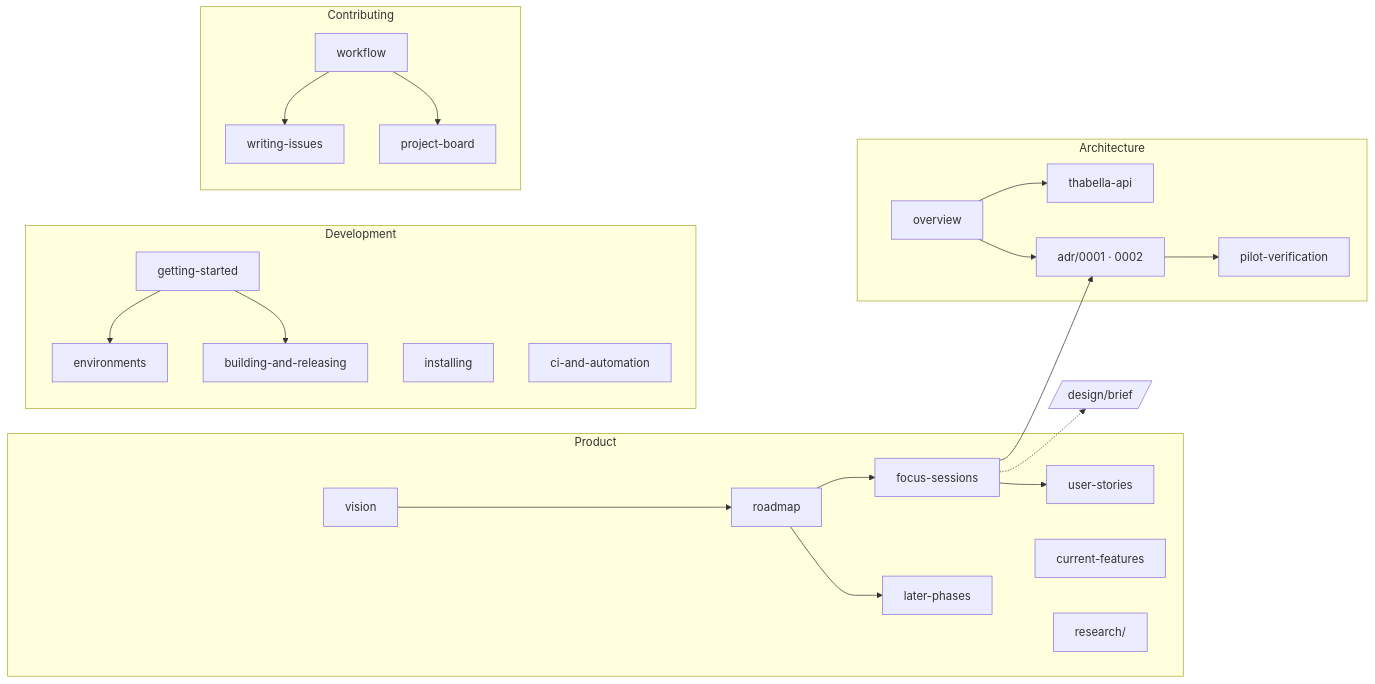
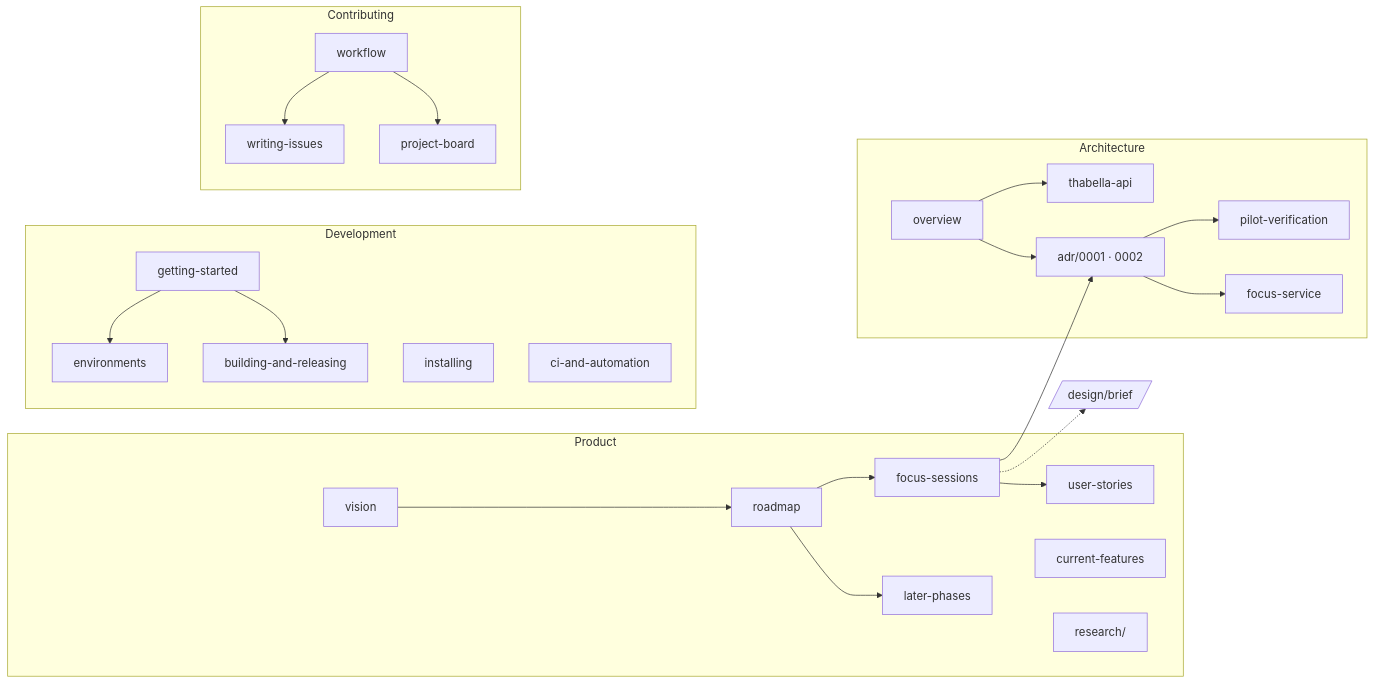
The diagram in docs/README.md (Aaqibhafeezkhan/THD-Room-Finder), drawn with Mermaid before and after one commit. The commit also changed other lines of this file and 4 other files, not shown here.

First line of the commit message:
docs(arch): document the focus service contract

````diff
--- a/docs/README.md
+++ b/docs/README.md
@@ -19,27 +19,28 @@
 ```mermaid
 flowchart LR
   subgraph Product
     V[vision] --> R[roadmap] --> FS[focus-sessions]
     R --> LP[later-phases]
     FS --> US[user-stories]
     CF[current-features]
     RS[research/]
   end
   subgraph Architecture
     O[overview] --> API[thabella-api]
     O --> ADR[adr/0001 · 0002]
     ADR --> PV[pilot-verification]
+    ADR --> FSV[focus-service]
   end
   subgraph Development
     GS[getting-started] --> ENV[environments]
     GS --> BR[building-and-releasing]
     INS[installing]
     CI[ci-and-automation]
   end
   subgraph Contributing
     WF[workflow] --> WI[writing-issues]
     WF --> PB[project-board]
   end
   FS --> ADR
   FS -.-> D[/design/brief/]
 ```
````
